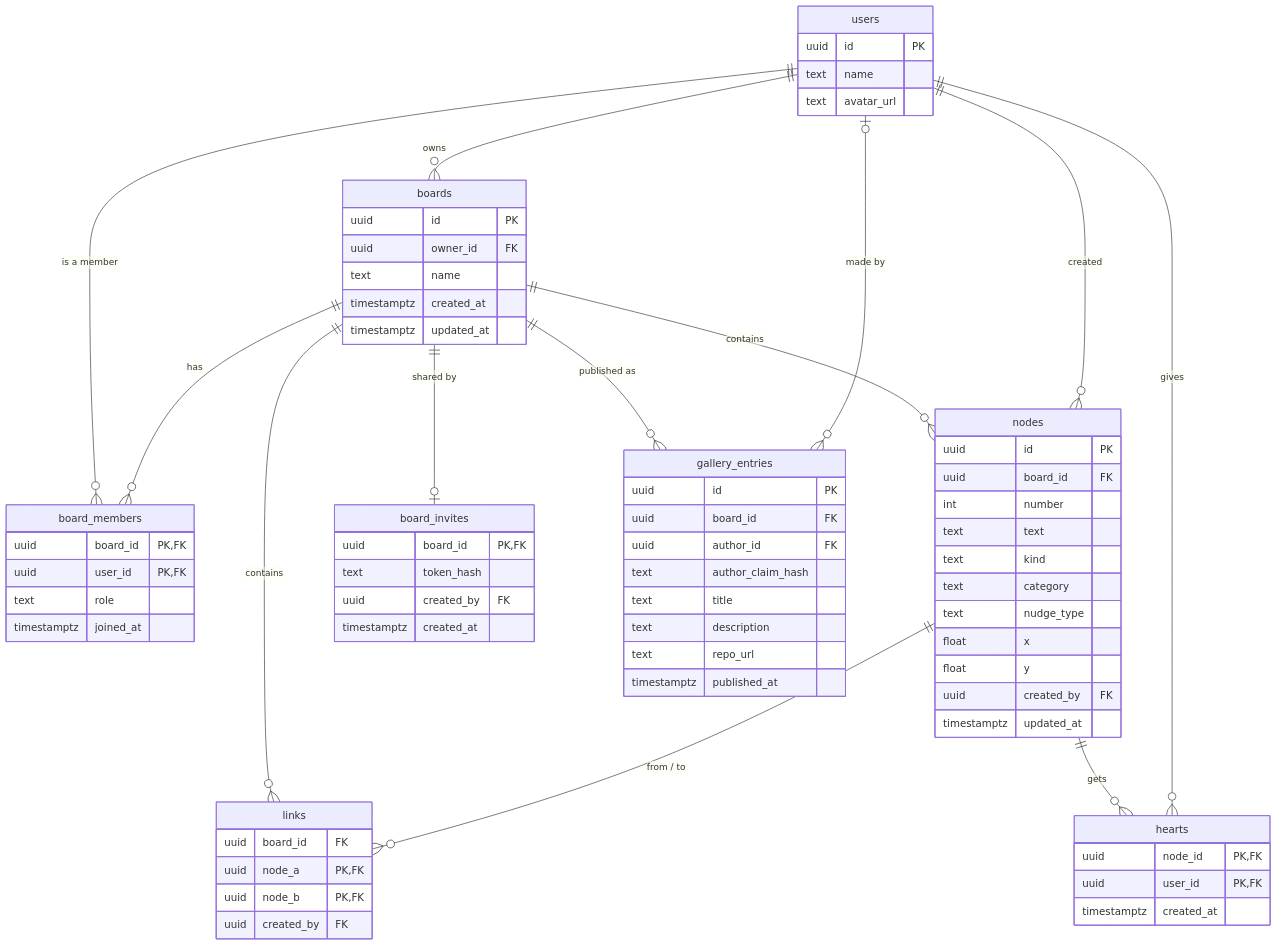
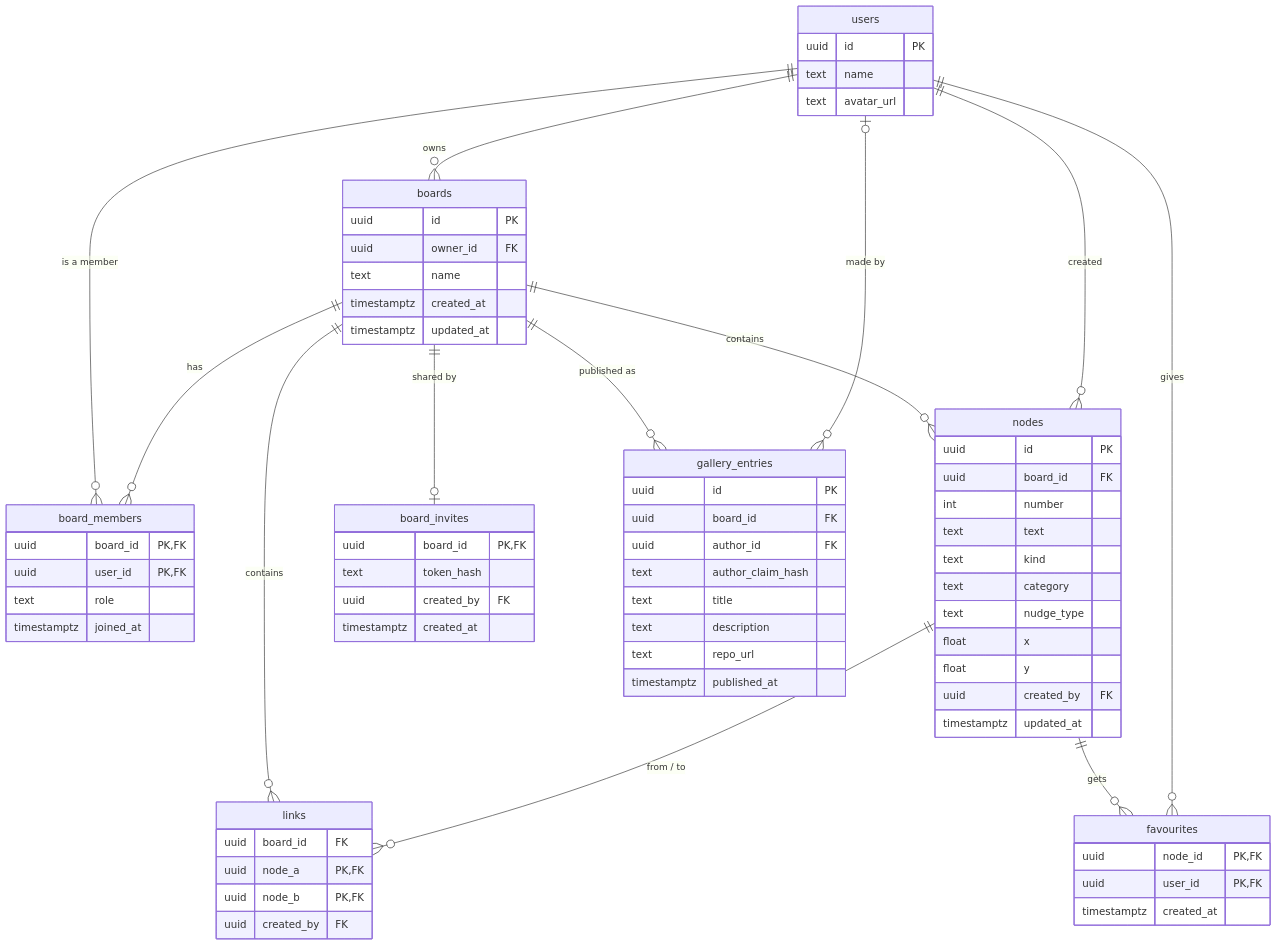
Before and after one commit to jtbinith/floppy-thoughts: the diagram in docs/database.md, drawn with Mermaid. The commit also changed other lines of this file and 37 other files, not shown here.

````diff
--- a/docs/database.md
+++ b/docs/database.md
@@ -21,74 +21,74 @@
 ```mermaid
 erDiagram
   users ||--o{ boards : owns
   users ||--o{ board_members : "is a member"
   boards ||--o{ board_members : has
   boards ||--o{ nodes : contains
   boards ||--o{ links : contains
   nodes ||--o{ links : "from / to"
-  nodes ||--o{ hearts : gets
-  users ||--o{ hearts : gives
+  nodes ||--o{ favourites : gets
+  users ||--o{ favourites : gives
   boards ||--o| board_invites : "shared by"
   users ||--o{ nodes : "created"
   boards ||--o{ gallery_entries : "published as"
   users |o--o{ gallery_entries : "made by"
 
   users {
     uuid id PK
     text name
     text avatar_url
   }
   boards {
     uuid id PK
     uuid owner_id FK
     text name
     timestamptz created_at
     timestamptz updated_at
   }
   board_members {
     uuid board_id PK, FK
     uuid user_id PK, FK
     text role
     timestamptz joined_at
   }
   nodes {
     uuid id PK
     uuid board_id FK
     int number
     text text
     text kind
     text category
     text nudge_type
     float x
     float y
     uuid created_by FK
     timestamptz updated_at
   }
   links {
     uuid board_id FK
     uuid node_a PK, FK
     uuid node_b PK, FK
     uuid created_by FK
   }
-  hearts {
+  favourites {
     uuid node_id PK, FK
     uuid user_id PK, FK
     timestamptz created_at
   }
   board_invites {
     uuid board_id PK, FK
     text token_hash
     uuid created_by FK
     timestamptz created_at
   }
   gallery_entries {
     uuid id PK
     uuid board_id FK
     uuid author_id FK
     text author_claim_hash
     text title
     text description
     text repo_url
     timestamptz published_at
   }
 ```
````
